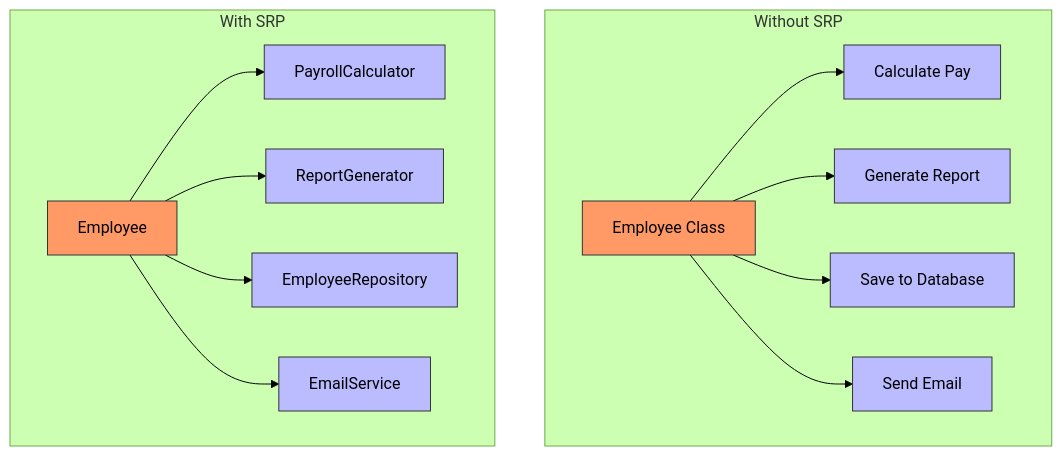
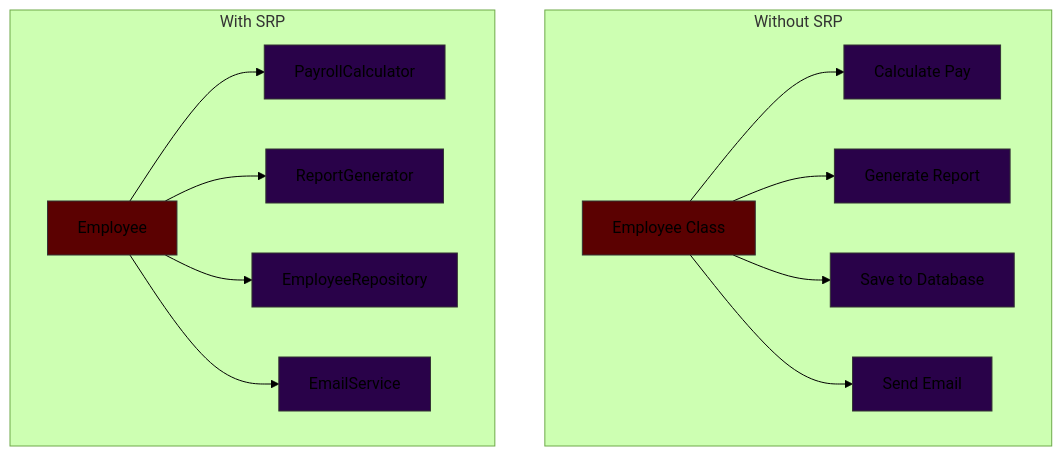
The first of 3 diagrams in SRP/README.md (hezronkimutai/solid_principles), drawn with Mermaid (forest theme) before and after one commit. The commit also changed other lines of this file and 5 other files, not shown here.

````diff
--- a/SRP/README.md
+++ b/SRP/README.md
@@ -11,26 +11,26 @@
 ```mermaid
 graph TD
     subgraph "Without SRP"
     A[Employee Class] --> B[Calculate Pay]
     A --> C[Generate Report]
     A --> D[Save to Database]
     A --> E[Send Email]
-    style A fill:#f96,stroke:#333
-    style B fill:#bbf,stroke:#333
-    style C fill:#bbf,stroke:#333
-    style D fill:#bbf,stroke:#333
-    style E fill:#bbf,stroke:#333
+    style A fill:#5b0101,stroke:#333
+    style B fill:#290249,stroke:#333
+    style C fill:#290249,stroke:#333
+    style D fill:#290249,stroke:#333
+    style E fill:#290249,stroke:#333
     end
 
     subgraph "With SRP"
     F[Employee] --> G[PayrollCalculator]
     F --> H[ReportGenerator]
     F --> I[EmployeeRepository]
     F --> J[EmailService]
-    style F fill:#f96,stroke:#333
-    style G fill:#bbf,stroke:#333
-    style H fill:#bbf,stroke:#333
-    style I fill:#bbf,stroke:#333
-    style J fill:#bbf,stroke:#333
+    style F fill:#5b0101,stroke:#333
+    style G fill:#290249,stroke:#333
+    style H fill:#290249,stroke:#333
+    style I fill:#290249,stroke:#333
+    style J fill:#290249,stroke:#333
     end
 ```
````
